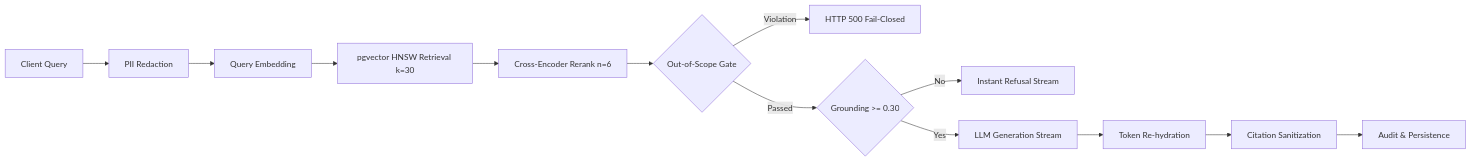
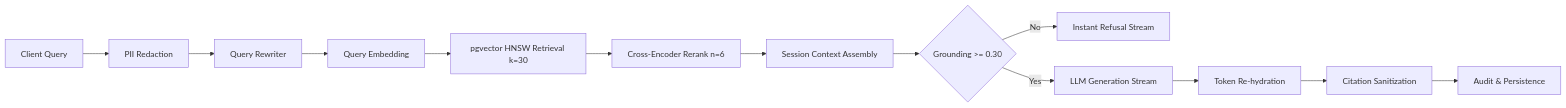
One commit to aryanraut-33/veydus changed the diagram in docs/latency-baseline.md. Above: the diagram before and after it, drawn with Mermaid. The commit also changed other lines of this file and 19 other files, not shown here.

````diff
--- a/docs/latency-baseline.md
+++ b/docs/latency-baseline.md
@@ -6,15 +6,15 @@
 ```mermaid
 graph LR
     A[Client Query] --> B[PII Redaction]
-    B --> C[Query Embedding]
-    C --> D[pgvector HNSW Retrieval k=30]
-    D --> E[Cross-Encoder Rerank n=6]
-    E --> F{Out-of-Scope Gate}
-    F -->|Violation| G[HTTP 500 Fail-Closed]
-    F -->|Passed| H{Grounding >= 0.30}
+    B --> C[Query Rewriter]
+    C --> D[Query Embedding]
+    D --> E[pgvector HNSW Retrieval k=30]
+    E --> F[Cross-Encoder Rerank n=6]
+    F --> G[Session Context Assembly]
+    G --> H{Grounding >= 0.30}
     H -->|No| I[Instant Refusal Stream]
     H -->|Yes| J[LLM Generation Stream]
     J --> K[Token Re-hydration]
     K --> L[Citation Sanitization]
     L --> M[Audit & Persistence]
 ```
````
